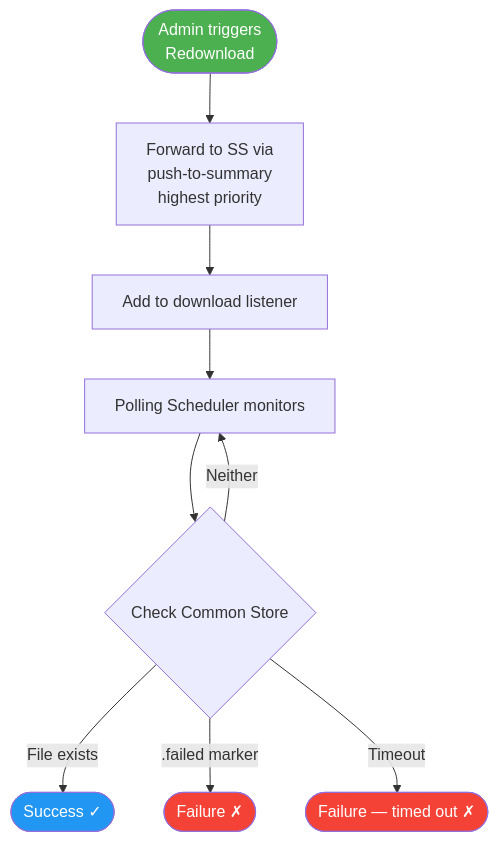
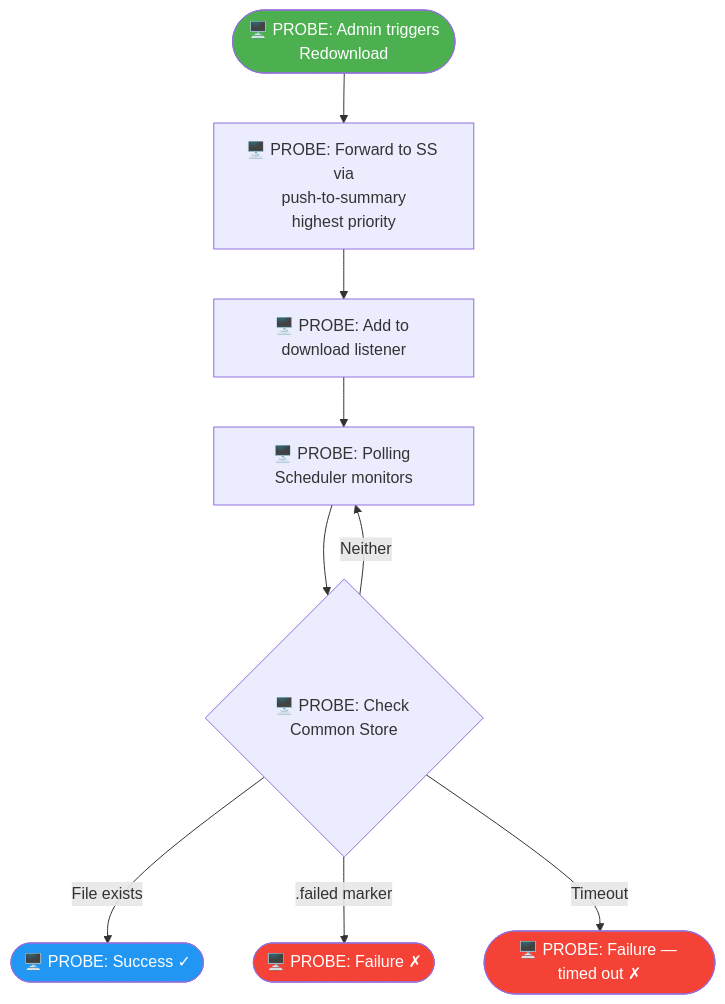
One commit to ranjithkumar-a-23525/RebaseEx changed the fourth of 29 diagrams in use-case-diagrams.md. Above: the diagram before and after it, drawn with Mermaid. The commit also changed other lines of this file, not shown here.

````diff
--- a/use-case-diagrams.md
+++ b/use-case-diagrams.md
@@ -84,16 +84,16 @@
 ```mermaid
 flowchart TD
-    A([Admin triggers<br/>Redownload]) --> B[Forward to SS via<br/>push-to-summary<br/>highest priority]
-    B --> C[Add to download listener]
-    C --> D[Polling Scheduler monitors]
-    D --> E{Check Common Store}
-    E -->|File exists| F([Success ✓])
-    E -->|.failed marker| G([Failure ✗])
-    E -->|Timeout| H([Failure — timed out ✗])
+    A(["🖥️ PROBE: Admin triggers<br/>Redownload"]) --> B["🖥️ PROBE: Forward to SS via<br/>push-to-summary<br/>highest priority"]
+    B --> C["🖥️ PROBE: Add to download listener"]
+    C --> D["🖥️ PROBE: Polling Scheduler monitors"]
+    D --> E{"🖥️ PROBE: Check Common Store"}
+    E -->|File exists| F(["🖥️ PROBE: Success ✓"])
+    E -->|.failed marker| G(["🖥️ PROBE: Failure ✗"])
+    E -->|Timeout| H(["🖥️ PROBE: Failure — timed out ✗"])
     E -->|Neither| D
 
     style A fill:#4CAF50,color:#fff
     style F fill:#2196F3,color:#fff
     style G fill:#f44336,color:#fff
     style H fill:#f44336,color:#fff
 ```
````
